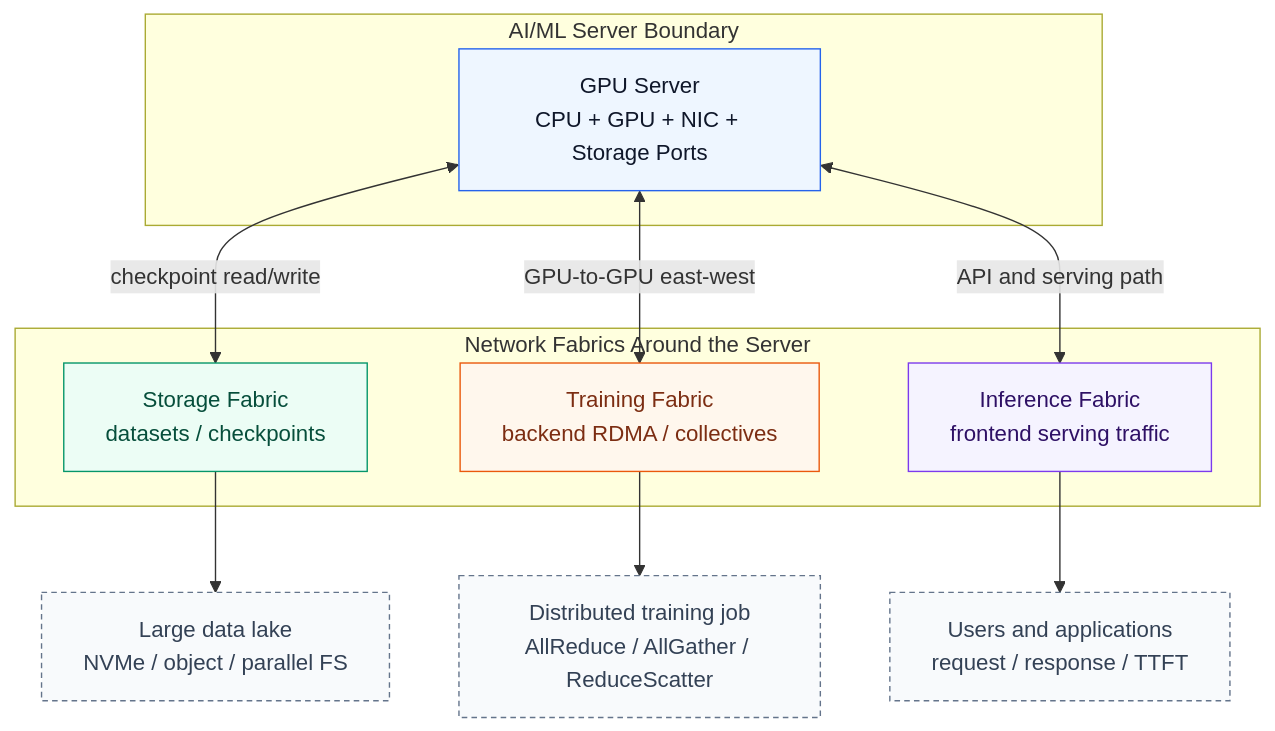
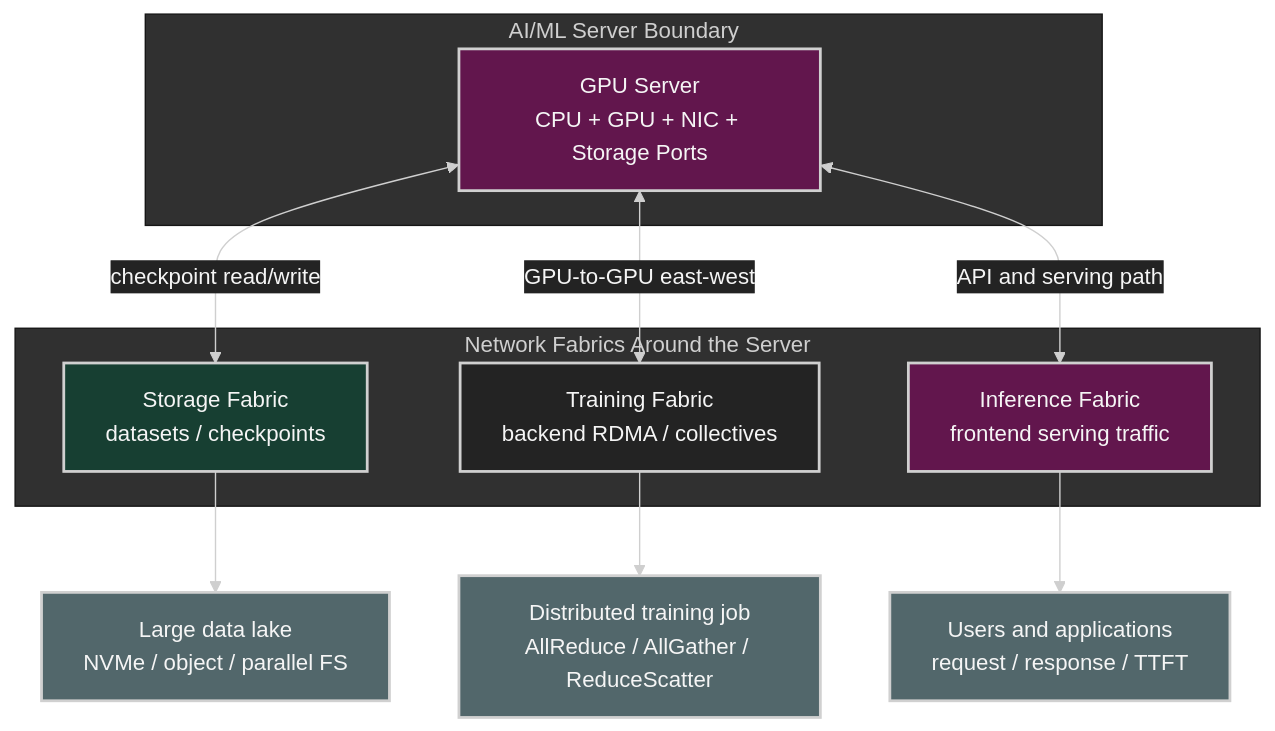
Before and after one commit to ziwon/ai-data-center-network: the first of 17 diagrams in ai-data-center-network/chap03/README.md, drawn with Mermaid. The commit also changed other lines of this file and 35 other files, not shown here.

Commit message:
docs(mermaid): apply dark diagram style

````diff
--- a/ai-data-center-network/chap03/README.md
+++ b/ai-data-center-network/chap03/README.md
@@ -67,30 +67,31 @@
 ```mermaid
+%%{init: {"theme": "base", "themeVariables": {"background": "#171717", "primaryColor": "#232323", "primaryTextColor": "#f5f5f5", "primaryBorderColor": "#d0d0d0", "lineColor": "#cfcfcf", "fontFamily": "Inter, Arial, sans-serif"}}}%%
 flowchart TB
-    classDef server fill:#eef6ff,stroke:#2563eb,stroke-width:1px,color:#0f172a
-    classDef storage fill:#ecfdf5,stroke:#059669,stroke-width:1px,color:#064e3b
-    classDef training fill:#fff7ed,stroke:#ea580c,stroke-width:1px,color:#7c2d12
-    classDef inference fill:#f5f3ff,stroke:#7c3aed,stroke-width:1px,color:#2e1065
-    classDef note fill:#f8fafc,stroke:#64748b,stroke-dasharray:4 3,color:#334155
+    classDef server fill:#62164d,stroke:#d0d0d0,color:#f5f5f5,stroke-width:2px;
+    classDef storage fill:#173f32,stroke:#d0d0d0,color:#f5f5f5,stroke-width:2px;
+    classDef training fill:#232323,stroke:#d0d0d0,color:#f5f5f5,stroke-width:2px;
+    classDef inference fill:#62164d,stroke:#d0d0d0,color:#f5f5f5,stroke-width:2px;
+    classDef note fill:#52676b,stroke:#d0d0d0,color:#f5f5f5,stroke-width:2px;
 
     subgraph Host["AI/ML Server Boundary"]
         S[GPU Server<br/>CPU + GPU + NIC + Storage Ports]:::server
     end
 
     subgraph Fabrics["Network Fabrics Around the Server"]
         SF[Storage Fabric<br/>datasets / checkpoints]:::storage
         TF[Training Fabric<br/>backend RDMA / collectives]:::training
         IF[Inference Fabric<br/>frontend serving traffic]:::inference
     end
 
     SP[Large data lake<br/>NVMe / object / parallel FS]:::note
     TP[Distributed training job<br/>AllReduce / AllGather / ReduceScatter]:::note
     IP[Users and applications<br/>request / response / TTFT]:::note
 
     S <-->|checkpoint read/write| SF
     S <-->|GPU-to-GPU east-west| TF
     S <-->|API and serving path| IF
 
     SF --> SP
     TF --> TP
     IF --> IP
 ```
````
